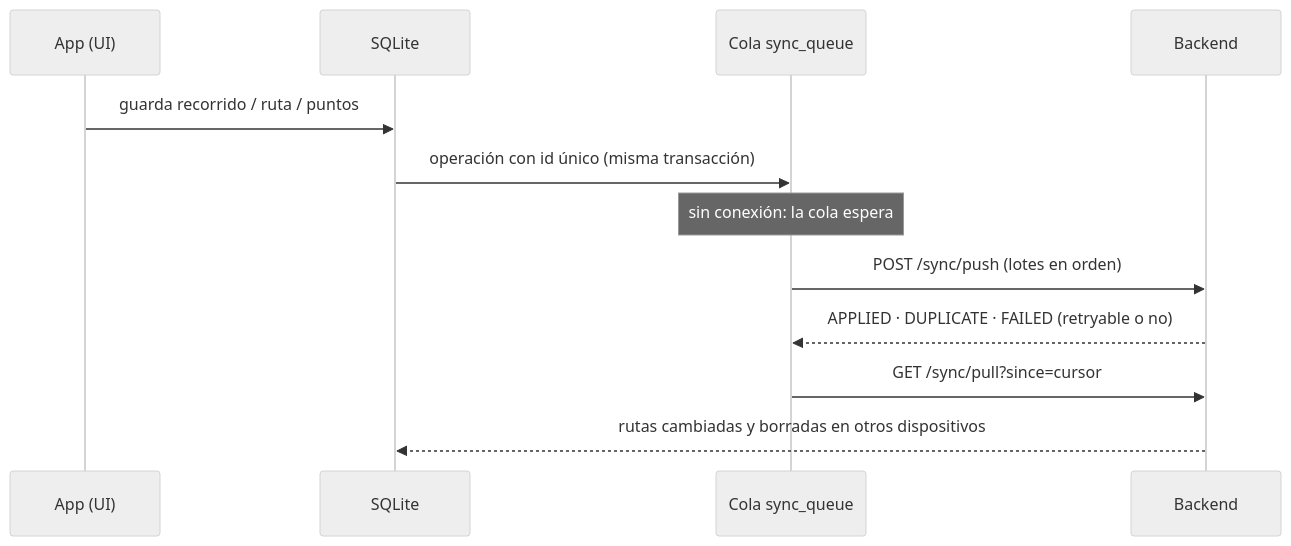
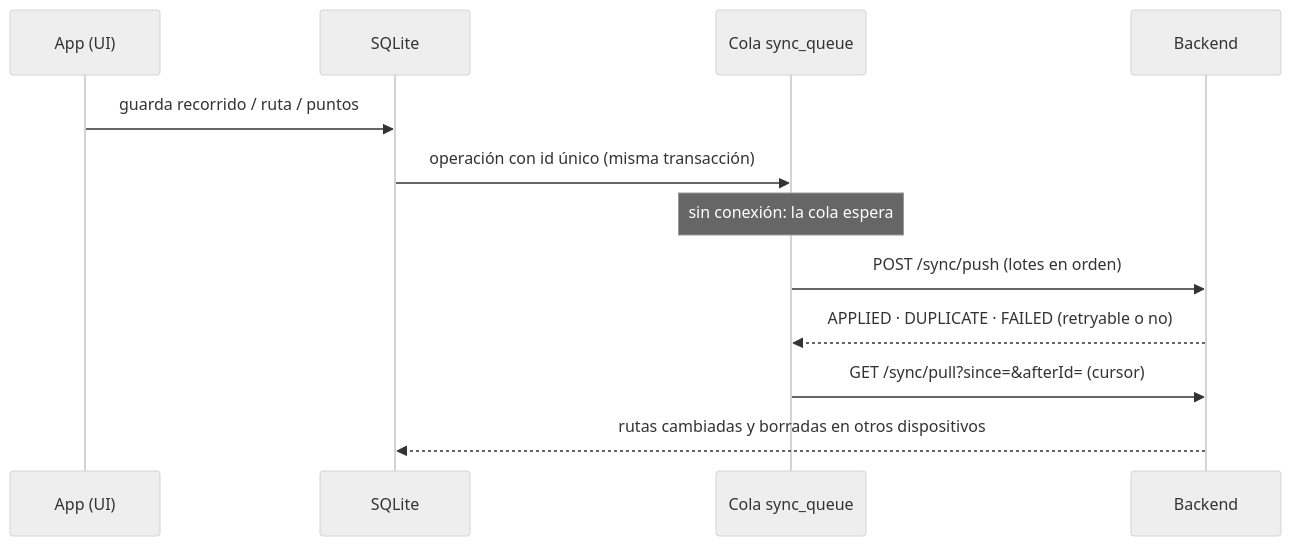
The seventh of 7 diagrams in docs/architecture.md (DrubberSan16/route-maps), drawn with Mermaid (neutral theme) before and after one commit. The commit also changed other lines of this file and 53 other files, not shown here.

````diff
--- a/docs/architecture.md
+++ b/docs/architecture.md
@@ -216,14 +219,14 @@
 ```mermaid
 sequenceDiagram
   participant UI as App (UI)
   participant DB as SQLite
   participant Q as Cola sync_queue
   participant API as Backend
   UI->>DB: guarda recorrido / ruta / puntos
   DB->>Q: operación con id único (misma transacción)
   Note over Q: sin conexión: la cola espera
   Q->>API: POST /sync/push (lotes en orden)
   API-->>Q: APPLIED · DUPLICATE · FAILED (retryable o no)
-  Q->>API: GET /sync/pull?since=cursor
+  Q->>API: GET /sync/pull?since=&afterId= (cursor)
   API-->>DB: rutas cambiadas y borradas en otros dispositivos
 ```
````
